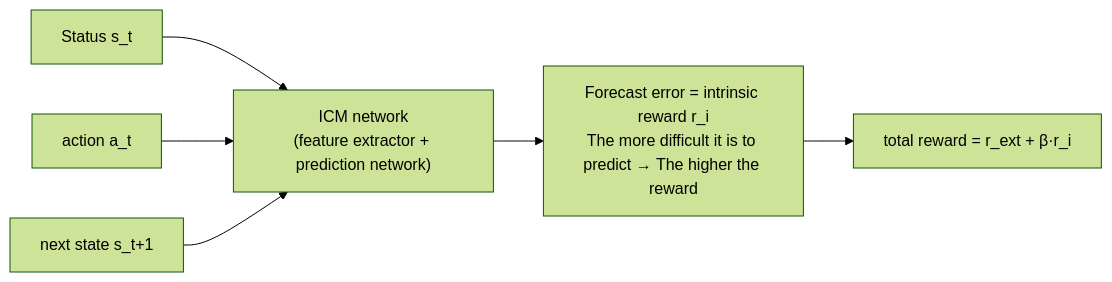
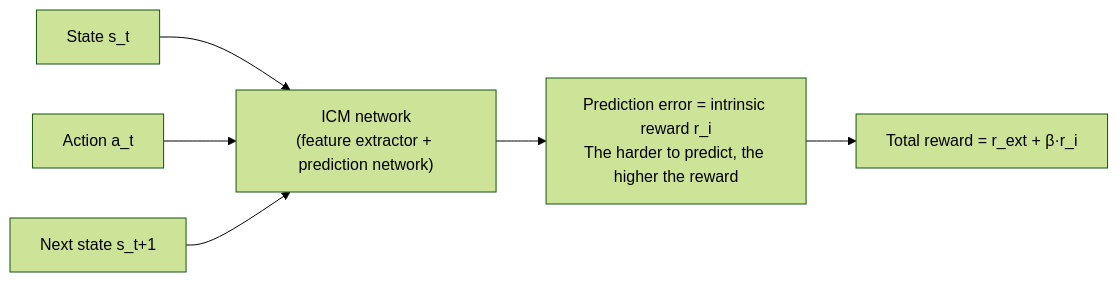
Before and after one commit to TingdeLiu/tingdeliu.github.io: the seventh of 24 diagrams in _translations/en/research/Reinforcement-Learning-Survey.md, drawn with Mermaid (forest theme). The commit also changed other lines of this file and 51 other files, not shown here.

````diff
--- a/_translations/en/research/Reinforcement-Learning-Survey.md
+++ b/_translations/en/research/Reinforcement-Learning-Survey.md
@@ -736,8 +736,8 @@
 ```mermaid
 graph LR
-    A["Status s_t"] --> B["ICM network<br/>(feature extractor + prediction network)"]
-    C["action a_t"] --> B
-    D["next state s_t+1"] --> B
-    B --> E["Forecast error = intrinsic reward r_i<br/>The more difficult it is to predict → The higher the reward"]
-    E --> F["total reward = r_ext + β·r_i"]
+    A["State s_t"] --> B["ICM network<br/>(feature extractor + prediction network)"]
+    C["Action a_t"] --> B
+    D["Next state s_t+1"] --> B
+    B --> E["Prediction error = intrinsic reward r_i<br/>The harder to predict, the higher the reward"]
+    E --> F["Total reward = r_ext + β·r_i"]
 ```
````
